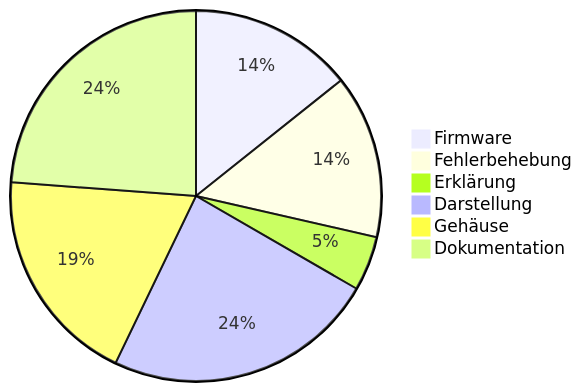
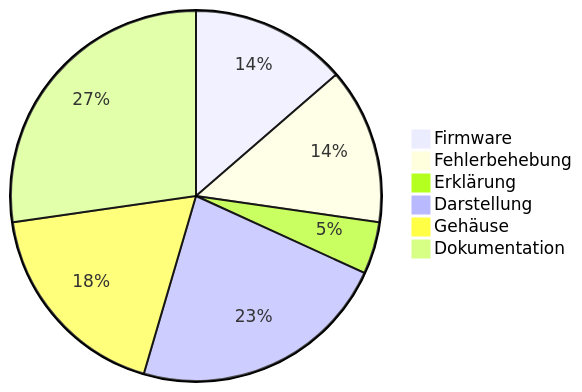
Before and after one commit to BBZ-AIFS51/LF7-Projekt_GAS: the third of 3 diagrams in wiki/Entwicklungsverlauf.md, drawn with Mermaid. The commit also changed other lines of this file and 14 other files, not shown here.

````diff
--- a/wiki/Entwicklungsverlauf.md
+++ b/wiki/Entwicklungsverlauf.md
@@ -134,9 +137,9 @@
 ```mermaid
 pie
     "Firmware" : 3
     "Fehlerbehebung" : 3
     "Erklärung" : 1
     "Darstellung" : 5
     "Gehäuse" : 4
-    "Dokumentation" : 5
+    "Dokumentation" : 6
 ```
````
